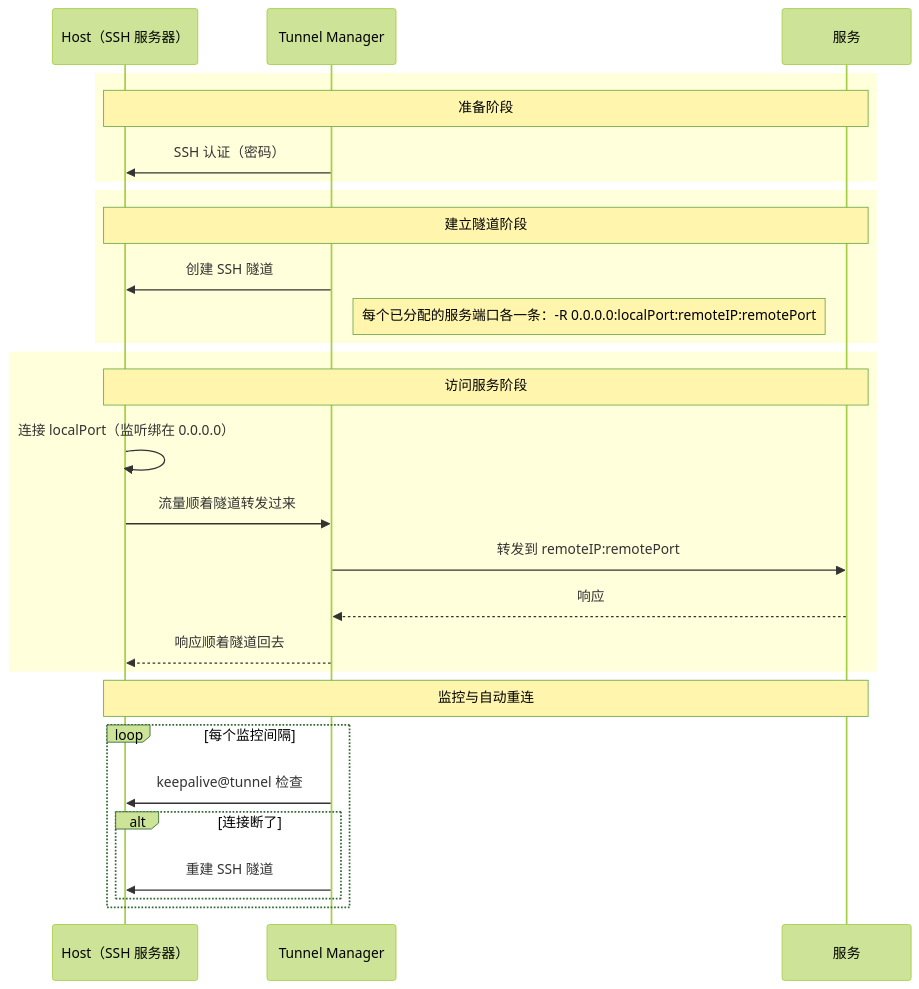
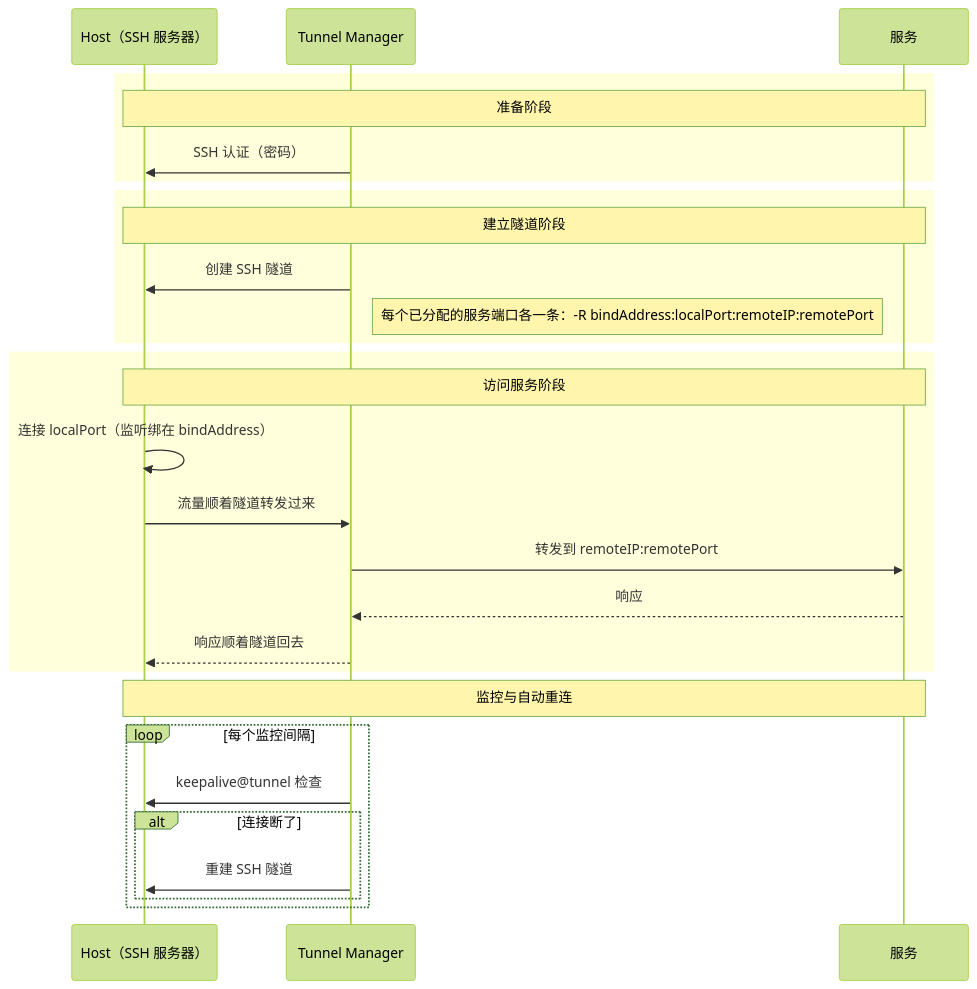
One commit to jollaman999/tunnel-manager changed the diagram in docs/reference.zh.md. Above: the diagram before and after it, drawn with Mermaid (forest theme). The commit also changed other lines of this file and 26 other files, not shown here.

First line of the commit message:
tunnel: Let a service port say which address the Host opens it on

````diff
--- a/docs/reference.zh.md
+++ b/docs/reference.zh.md
@@ -159,34 +159,34 @@
 ```mermaid
 sequenceDiagram
     participant Host as Host（SSH 服务器）
     participant Bastion as Tunnel Manager
     participant WAS as 服务
 
     rect rgb(255, 255, 220)
         Note over Host,WAS: 准备阶段
         Bastion->>Host: SSH 认证（密码）
     end
 
     rect rgb(255, 255, 220)
         Note over Host,WAS: 建立隧道阶段
         Bastion->>Host: 创建 SSH 隧道
-        Note right of Bastion: 每个已分配的服务端口各一条：-R 0.0.0.0:localPort:remoteIP:remotePort
+        Note right of Bastion: 每个已分配的服务端口各一条：-R bindAddress:localPort:remoteIP:remotePort
     end
 
     rect rgb(255, 255, 220)
         Note over Host,WAS: 访问服务阶段
-        Host->>Host: 连接 localPort（监听绑在 0.0.0.0）
+        Host->>Host: 连接 localPort（监听绑在 bindAddress）
         Host->>Bastion: 流量顺着隧道转发过来
         Bastion->>WAS: 转发到 remoteIP:remotePort
         WAS-->>Bastion: 响应
         Bastion-->>Host: 响应顺着隧道回去
     end
 
     Note over Host,WAS: 监控与自动重连
     loop 每个监控间隔
         Bastion->>Host: keepalive@tunnel 检查
         alt 连接断了
             Bastion->>Host: 重建 SSH 隧道
         end
     end
 ```
````
